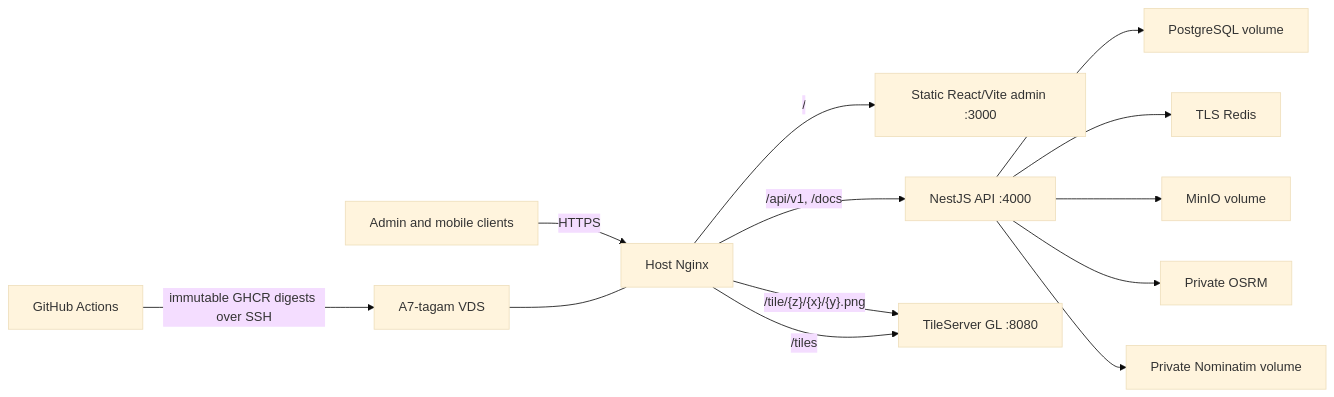
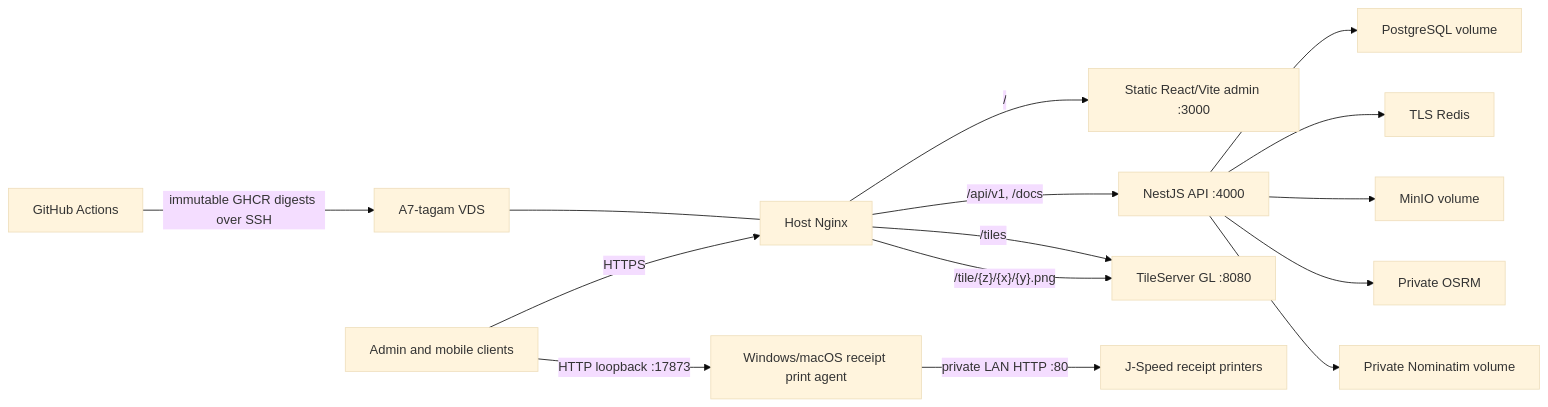
One commit to Dadebay/Backend_Admin_panel_alow_alow changed the diagram in docs/INFRASTRUCTURE.md. Above: the diagram before and after it, drawn with Mermaid (base theme). The commit also changed other lines of this file and 28 other files, not shown here.

Commit message:
feat(receipts): route accepted orders to LAN printers

````diff
--- a/docs/INFRASTRUCTURE.md
+++ b/docs/INFRASTRUCTURE.md
@@ -37,15 +37,17 @@
 ```mermaid
 flowchart LR
   U["Admin and mobile clients"] -->|"HTTPS"| N["Host Nginx"]
   N -->|"/"| A["Static React/Vite admin :3000"]
   N -->|"/api/v1, /docs"| API["NestJS API :4000"]
   N -->|"/tile/{z}/{x}/{y}.png"| T
   N -->|"/tiles"| T["TileServer GL :8080"]
   API --> PG["PostgreSQL volume"]
   API --> R["TLS Redis"]
   API --> S3["MinIO volume"]
   API --> O["Private OSRM"]
   API --> GEO["Private Nominatim volume"]
   GH["GitHub Actions"] -->|"immutable GHCR digests over SSH"| VDS["A7-tagam VDS"]
   VDS --- N
+  U -->|"HTTP loopback :17873"| PA["Windows/macOS receipt print agent"]
+  PA -->|"private LAN HTTP :80"| RP["J-Speed receipt printers"]
 ```
````
